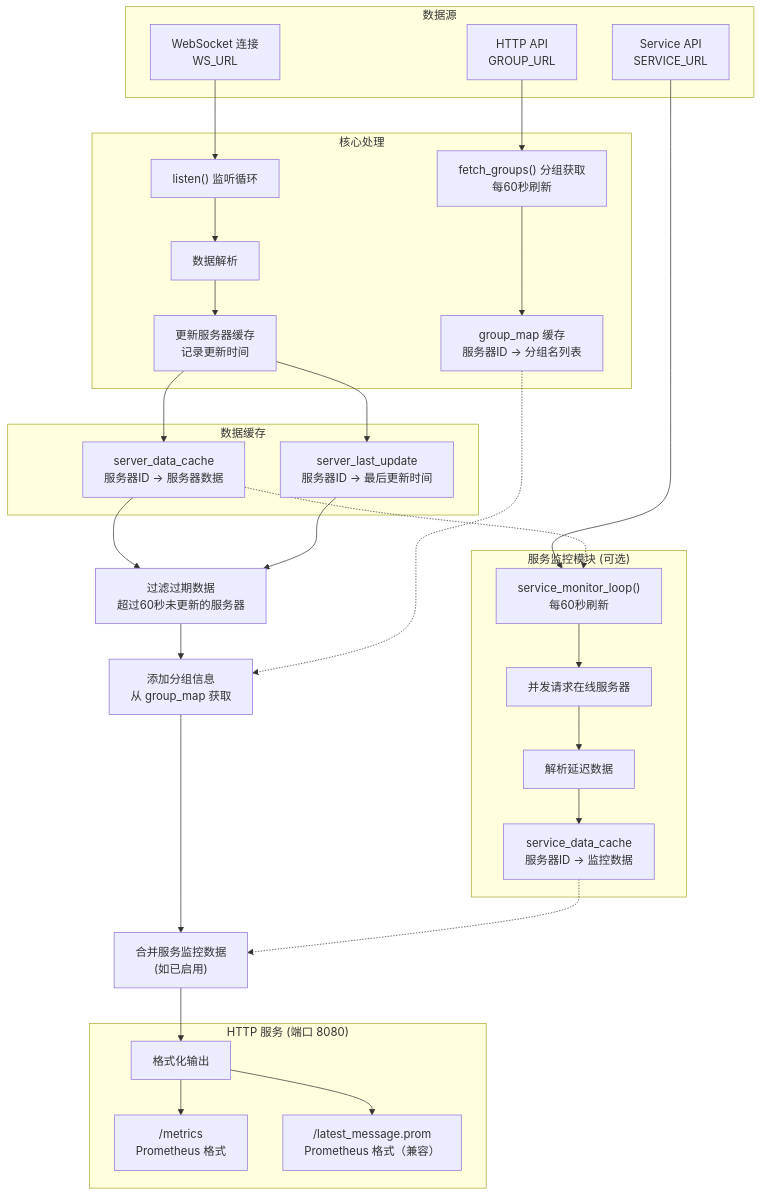
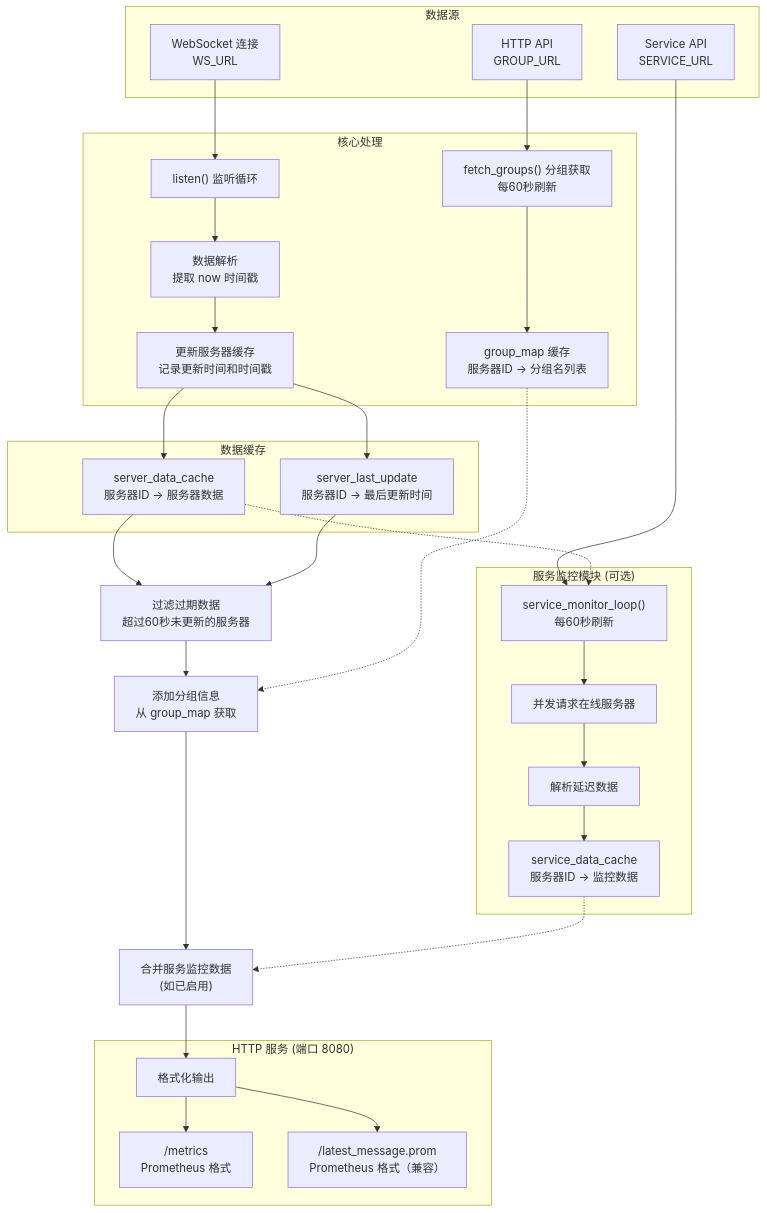
One commit to Moeyuuko/nezhaV1-exporter changed the first of 9 diagrams in nezha-exporter.md. Above: the diagram before and after it, drawn with Mermaid. The commit also changed other lines of this file and 2 other files, not shown here.

Commit message:
feat: 为所有服务器基础指标添加毫秒级时间戳支持，时间戳来自 WebSocket 的 `now` 字段

````diff
--- a/nezha-exporter.md
+++ b/nezha-exporter.md
@@ -7,42 +7,42 @@
 ```mermaid
 flowchart TD
     subgraph 数据源
         WS["WebSocket 连接<br/>WS_URL"]
         API["HTTP API<br/>GROUP_URL"]
         SVC["Service API<br/>SERVICE_URL"]
     end
     
     subgraph 核心处理
         WS --> LISTEN["listen() 监听循环"]
         API --> FETCH["fetch_groups() 分组获取<br/>每60秒刷新"]
-        LISTEN --> PARSE["数据解析"]
-        PARSE --> UPDATE["更新服务器缓存<br/>记录更新时间"]
+        LISTEN --> PARSE["数据解析<br/>提取 now 时间戳"]
+        PARSE --> UPDATE["更新服务器缓存<br/>记录更新时间和时间戳"]
         FETCH --> GMAP["group_map 缓存<br/>服务器ID → 分组名列表"]
     end
     
     subgraph 服务监控模块 ["服务监控模块 (可选)"]
         SVC --> SVC_LOOP["service_monitor_loop()<br/>每60秒刷新"]
         SVC_LOOP --> SVC_FETCH["并发请求在线服务器"]
         SVC_FETCH --> SVC_PARSE["解析延迟数据"]
         SVC_PARSE --> SVC_CACHE["service_data_cache<br/>服务器ID → 监控数据"]
     end
     
     subgraph 数据缓存 ["数据缓存"]
         UPDATE --> SERVER_CACHE["server_data_cache<br/>服务器ID → 服务器数据"]
         UPDATE --> TIME_CACHE["server_last_update<br/>服务器ID → 最后更新时间"]
     end
     
     SERVER_CACHE --> FILTER["过滤过期数据<br/>超过60秒未更新的服务器"]
     TIME_CACHE --> FILTER
     SERVER_CACHE -.-> SVC_LOOP
     FILTER --> ADD_GROUP["添加分组信息<br/>从 group_map 获取"]
     GMAP -.-> ADD_GROUP
     ADD_GROUP --> MERGE["合并服务监控数据<br/>(如已启用)"]
     SVC_CACHE -.-> MERGE
     MERGE --> OUTPUT["格式化输出"]
     
     subgraph HTTP服务 ["HTTP 服务 (端口 8080)"]
         OUTPUT --> EP1["/metrics<br/>Prometheus 格式"]
         OUTPUT --> EP2["/latest_message.prom<br/>Prometheus 格式（兼容）"]
     end
 ```
````
